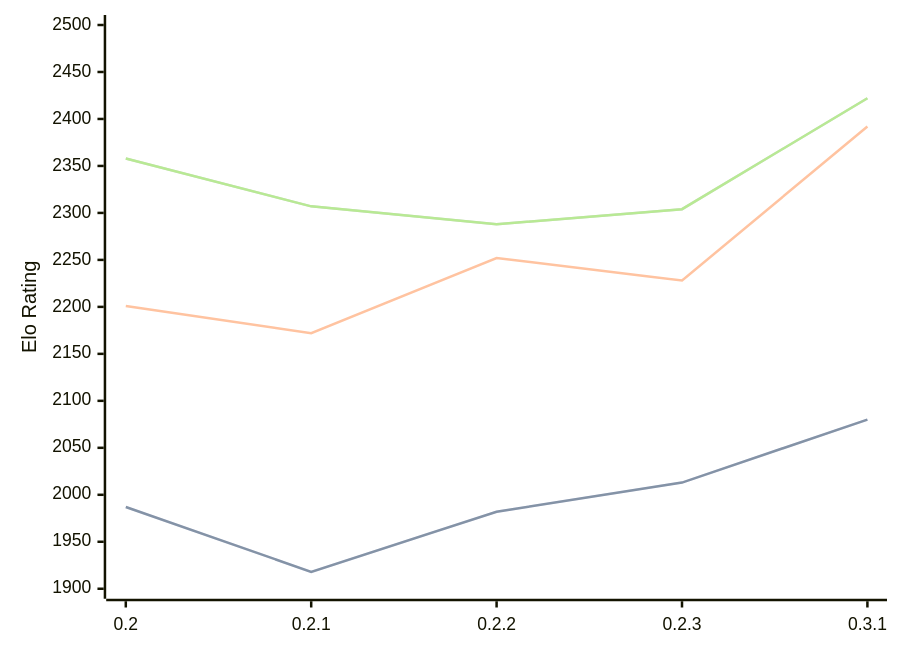
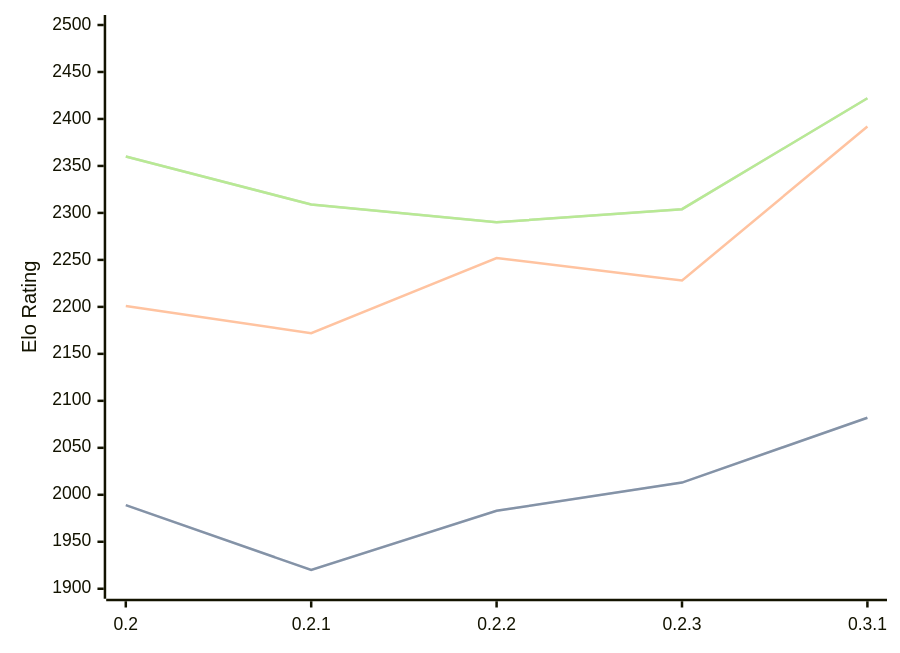
The diagram in engines/Lolbot.md (computer-chess-index/cci), drawn with Mermaid before and after one commit. The commit also changed other lines of this file, not shown here.

Commit message:
Update CCI Ratings (ELO VLTC) - 2026-08-05

````diff
--- a/engines/Lolbot.md
+++ b/engines/Lolbot.md
@@ -36,11 +36,11 @@
 ```mermaid
 %%{init: {"theme":"base","themeVariables":{"seriesColors:['#a3a3a3','#222221','#faa371']}}}%%
 xychart-beta
   x-axis ["0.2", "0.2.1", "0.2.2", "0.2.3", "0.3.1"]
   y-axis "Elo Rating" 1900 --> 2500
-  line "STC (8.0+0.08s)" [1987, 1918, 1982, 2013, 2080]
-  line "STC (8.0+0.08s)" [1987, 1918, 1982, 2013, 2080]
+  line "STC (8.0+0.08s)" [1989, 1920, 1983, 2013, 2082]
+  line "STC (8.0+0.08s)" [1989, 1920, 1983, 2013, 2082]
   line "LTC (60.0+0.60s)" [2201, 2172, 2252, 2228, 2392]
-  line "VLTC (2m24s+1.12s)" [2358, 2307, 2288, 2304, 2422]
-  line "VLTC (2m24s+1.12s)" [2358, 2307, 2288, 2304, 2422]
+  line "VLTC (2m24s+1.12s)" [2360, 2309, 2290, 2304, 2422]
+  line "VLTC (2m24s+1.12s)" [2360, 2309, 2290, 2304, 2422]
 ```
````
